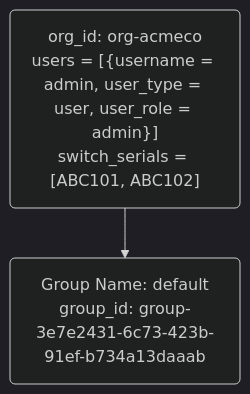
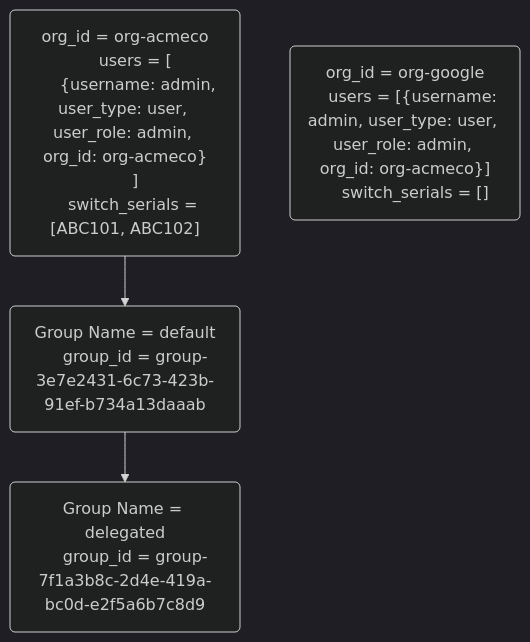
The third of 4 diagrams in docs/service-overview.md (openconfig/ovgs), drawn with Mermaid (dark theme) before and after one commit. The commit also changed other lines of this file and 1 other file, not shown here.

Commit message:
Proto changes to add support for cross-org group delegation.

````diff
--- a/docs/service-overview.md
+++ b/docs/service-overview.md
@@ -543,13 +674,30 @@
 ```mermaid
 %%{init: {"flowchart": {"htmlLabels": false}} }%%
 flowchart TB
+  orgBlock("
+    org_id = org-acmeco
+    users = [
+      {username: admin, user_type: user, user_role: admin, org_id: org-acmeco}
+    ]
+    switch_serials = [ABC101, ABC102]
+  ")
 
-    orgBlock("org_id: org-acmeco
-users = [{username = admin, user_type = user, user_role = admin}]
-switch_serials = [ABC101, ABC102]
-")
-    defaultGroup("Group Name: default
-group_id: group-3e7e2431-6c73-423b-91ef-b734a13daaab
-")
-orgBlock --> defaultGroup
+  orgBlock2("
+    org_id = org-google
+    users = [{username: admin, user_type: user, user_role: admin, org_id: org-acmeco}]
+    switch_serials = []
+  ")
+
+  defaultGroup("
+    Group Name = default
+    group_id = group-3e7e2431-6c73-423b-91ef-b734a13daaab
+  ")
+
+  delegatedGroup("
+    Group Name = delegated
+    group_id = group-7f1a3b8c-2d4e-419a-bc0d-e2f5a6b7c8d9
+  ")
+
+  orgBlock --> defaultGroup
+  defaultGroup --> delegatedGroup
 ```
````
